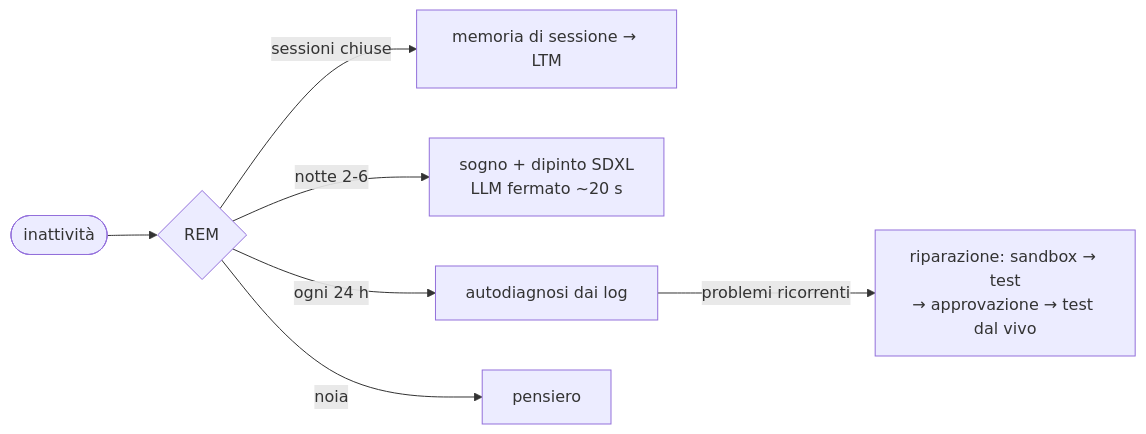
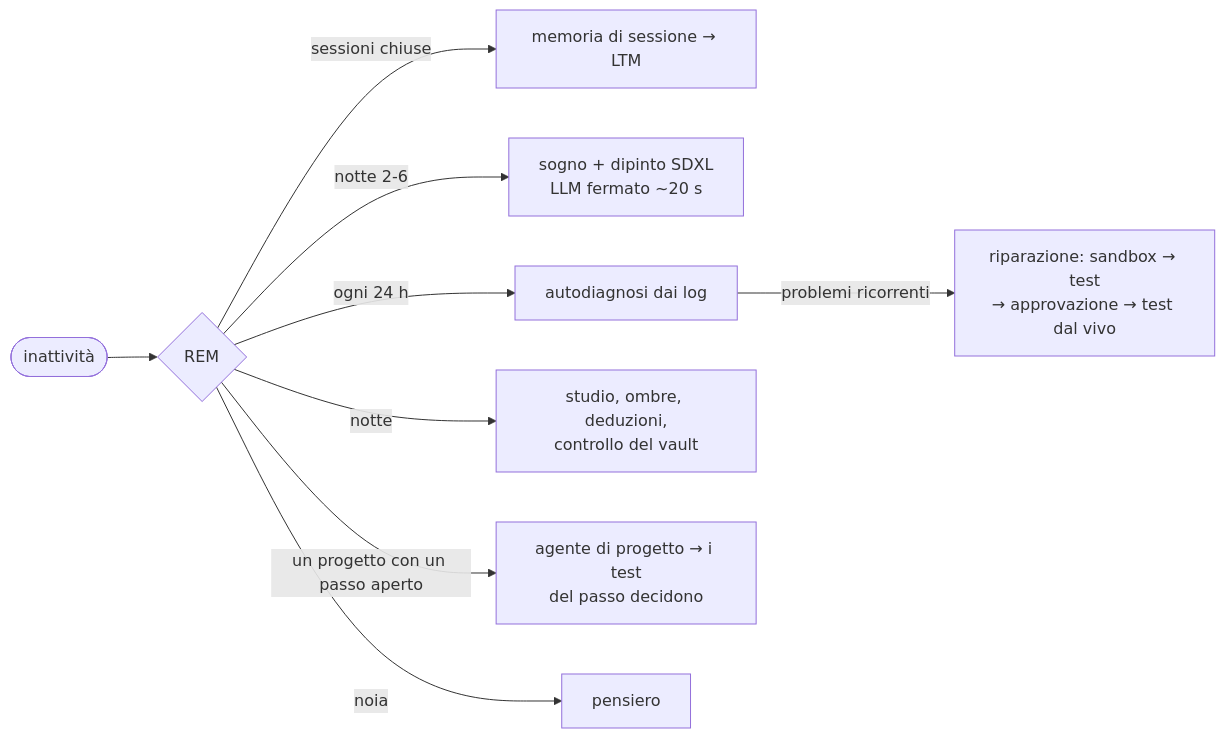
Before and after one commit to Soliton0382/A.U.R.O.R.A.: the fourth of 4 diagrams in README.md, drawn with Mermaid. The commit also changed other lines of this file and 36 other files, not shown here.

Commit message:
AGI 0.958: web explanations read their pages, a not-found in other words is a not-found; Whisper on the GPU when it has room (40x faster); reasoner split 4.7/3.3; hybrid search measured end to end; README: shadow figure, hybrid search, new charts; no stray files at the root

````diff
--- a/README.md
+++ b/README.md
@@ -211,9 +228,11 @@
 ```mermaid
 flowchart LR
   I([inattività]) --> C{REM}
   C -- sessioni chiuse --> S[memoria di sessione → LTM]
   C -- notte 2-6 --> D[sogno + dipinto SDXL<br/>LLM fermato ~20 s]
   C -- ogni 24 h --> R[autodiagnosi dai log]
   R -- problemi ricorrenti --> P[riparazione: sandbox → test<br/>→ approvazione → test dal vivo]
+  C -- notte --> N[studio, ombre, deduzioni,<br/>controllo del vault]
+  C -- un progetto con un passo aperto --> J[agente di progetto → i test<br/>del passo decidono]
   C -- noia --> T[pensiero]
 ```
````
